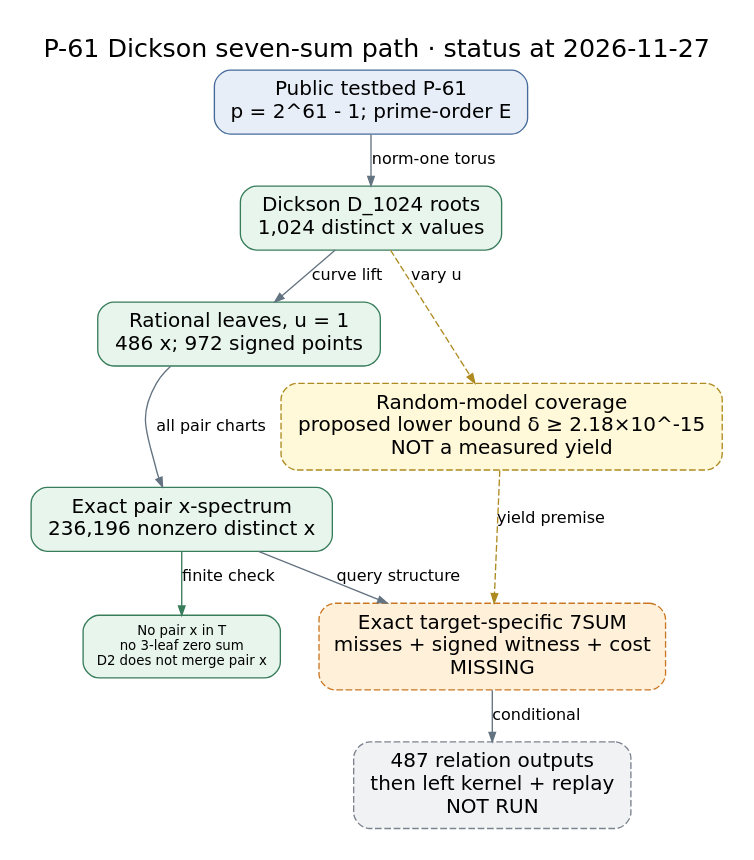
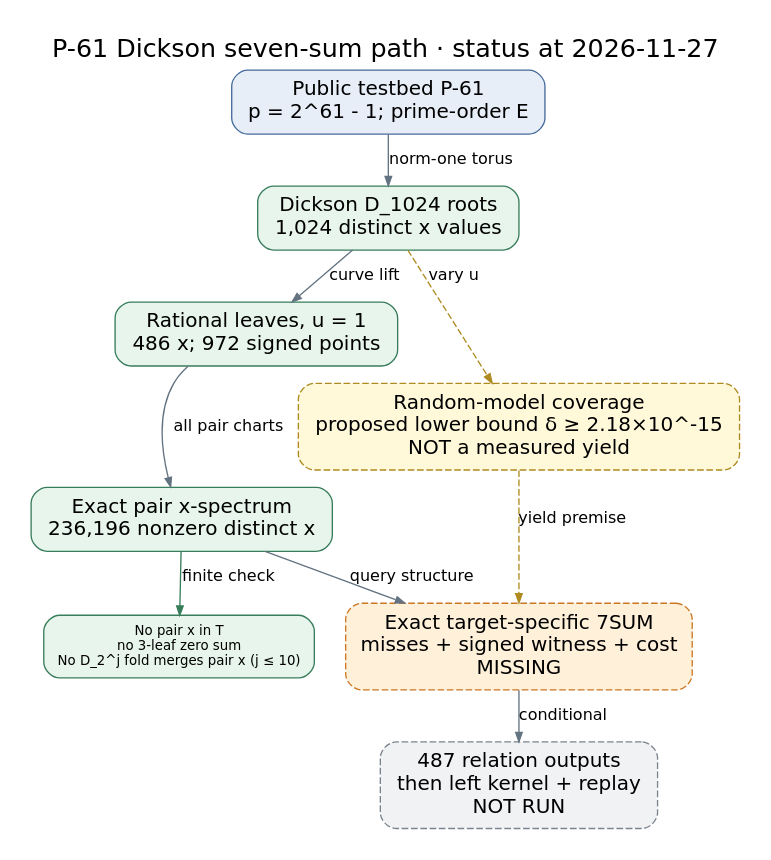
Before and after one commit to isogeny-labs/crypto: the diagram in research/p61_dickson_m7_20261127/pipeline.dot, drawn with Graphviz. The commit also changed 9 other files, not shown here.

```diff
--- a/research/p61_dickson_m7_20261127/pipeline.dot
+++ b/research/p61_dickson_m7_20261127/pipeline.dot
@@ -1,23 +1,23 @@
 digraph p61_dickson_m7 {
   graph [rankdir=TB, bgcolor="white", fontname="DejaVu Sans", label="P-61 Dickson seven-sum path · status at 2026-11-27", labelloc=t, fontsize=19, pad=0.22, nodesep=0.32, ranksep=0.36];
   node [shape=box, style="rounded,filled", color="#387d5b", fillcolor="#e7f5ec", fontname="DejaVu Sans", fontsize=15, margin="0.16,0.10"];
   edge [color="#637381", fontname="DejaVu Sans", fontsize=12, arrowsize=0.7];
 
   curve [label="Public testbed P-61\np = 2^61 - 1; prime-order E", fillcolor="#e7eef8", color="#466b9a"];
   selector [label="Dickson D_1024 roots\n1,024 distinct x values"];
   leaves [label="Rational leaves, u = 1\n486 x; 972 signed points"];
   pairs [label="Exact pair x-spectrum\n236,196 nonzero distinct x"];
   oracle [label="Exact target-specific 7SUM\nmisses + signed witness + cost\nMISSING", style="rounded,dashed,filled", fillcolor="#fff0da", color="#cc7722"];
   relation [label="487 relation outputs\nthen left kernel + replay\nNOT RUN", style="rounded,dashed,filled", fillcolor="#f1f2f4", color="#7b838e"];
   coverage [label="Random-model coverage\nproposed lower bound δ ≥ 2.18×10^-15\nNOT a measured yield", style="rounded,dashed,filled", fillcolor="#fff8d9", color="#ae8b20"];
-  nulls [label="No pair x in T\nno 3-leaf zero sum\nD2 does not merge pair x", fontsize=10];
+  nulls [label="No pair x in T\nno 3-leaf zero sum\nNo D_2^j fold merges pair x (j ≤ 10)", fontsize=10];
 
   curve -> selector [label="norm-one torus"];
   selector -> leaves [label="curve lift"];
   leaves -> pairs [label="all pair charts"];
   pairs -> oracle [label="query structure"];
   oracle -> relation [label="conditional"];
   selector -> coverage [style=dashed, color="#ae8b20", label="vary u"];
   coverage -> oracle [style=dashed, color="#ae8b20", label="yield premise"];
   pairs -> nulls [color="#387d5b", label="finite check"];
 }
```
